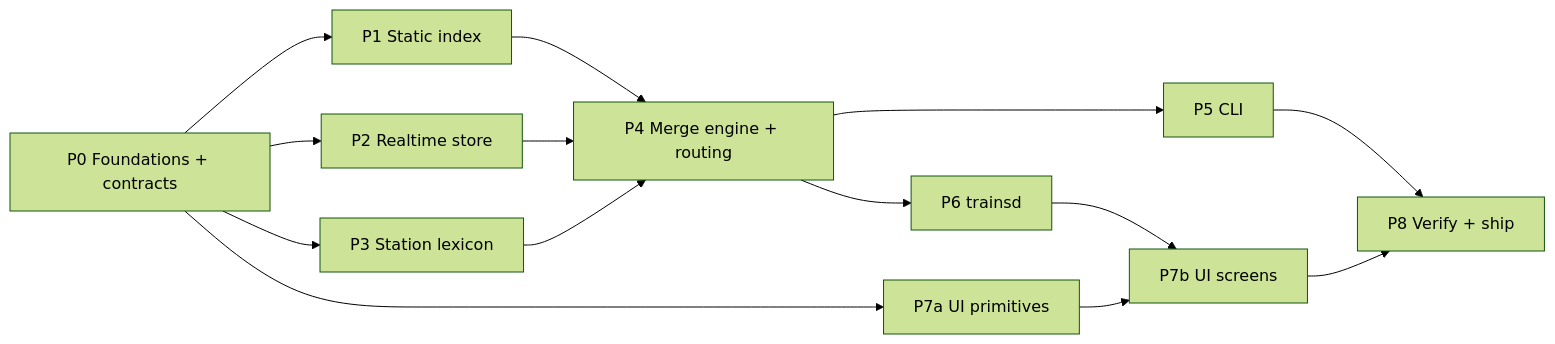
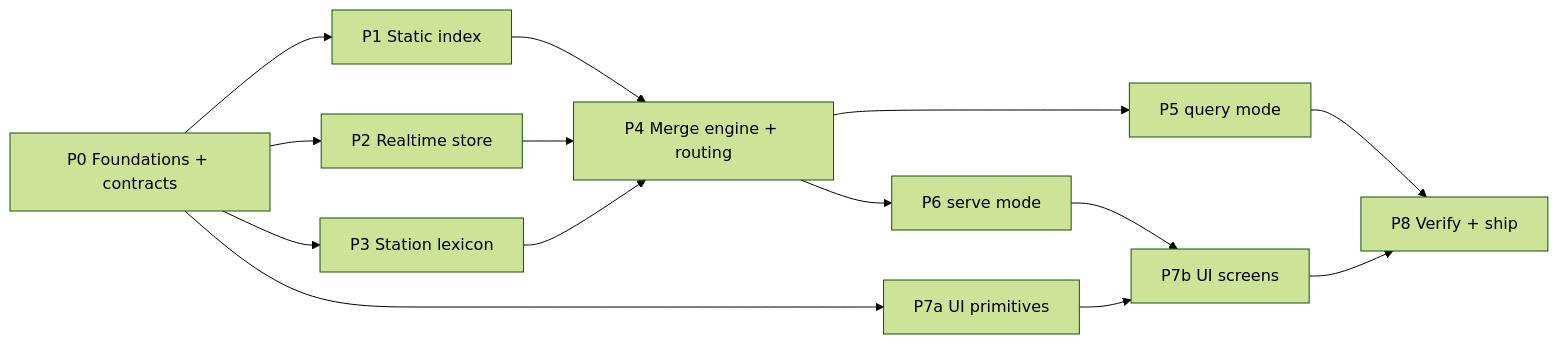
One commit to Zaptross/bris-trains changed the diagram in PLAN.md. Above: the diagram before and after it, drawn with Mermaid (forest theme). The commit also changed other lines of this file and 1 other file, not shown here.

First line of the commit message:
docs: merge CLI and server into one trains binary

````diff
--- a/PLAN.md
+++ b/PLAN.md
@@ -13,16 +13,16 @@
 ```mermaid
 graph LR
   P0[P0 Foundations + contracts] --> P1[P1 Static index]
   P0 --> P2[P2 Realtime store]
   P0 --> P3[P3 Station lexicon]
   P0 --> P7a[P7a UI primitives]
   P1 --> P4[P4 Merge engine + routing]
   P2 --> P4
   P3 --> P4
-  P4 --> P5[P5 CLI]
-  P4 --> P6[P6 trainsd]
+  P4 --> P5[P5 query mode]
+  P4 --> P6[P6 serve mode]
   P6 --> P7b[P7b UI screens]
   P7a --> P7b
   P5 --> P8[P8 Verify + ship]
   P7b --> P8
 ```
````
